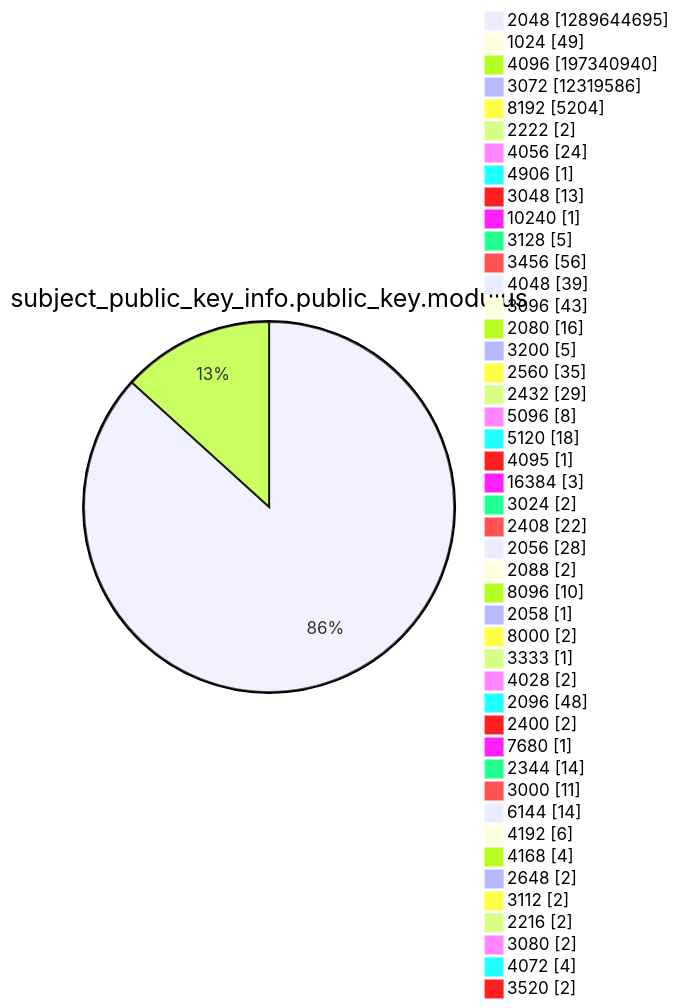
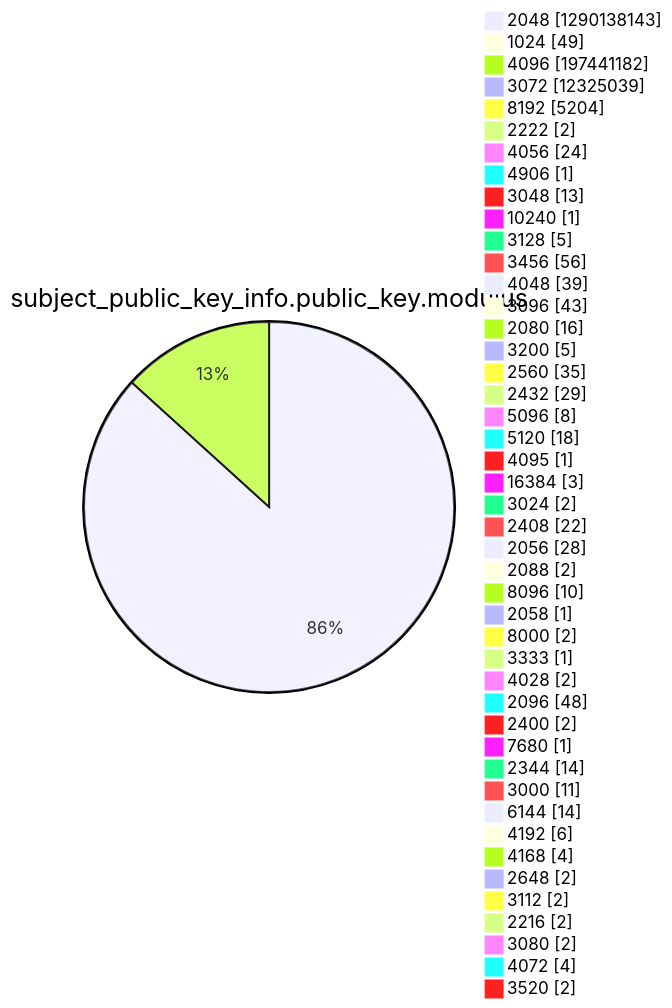
One commit to christiankrug/ctmonitor_visualization changed diagram 13 of 15 in xenon2022/README.md. Above: the diagram before and after it, drawn with Mermaid. The commit also changed other lines of this file, not shown here.

````diff
--- a/xenon2022/README.md
+++ b/xenon2022/README.md
@@ -3921,49 +3921,49 @@
 ```mermaid
 pie showData
 title subject_public_key_info.public_key.modulus
-"2048" :1289644695
+"2048" :1290138143
 "1024" :49
-"4096" :197340940
-"3072" :12319586
+"4096" :197441182
+"3072" :12325039
 "8192" :5204
 "2222" :2
 "4056" :24
 "4906" :1
 "3048" :13
 "10240" :1
 "3128" :5
 "3456" :56
 "4048" :39
 "3096" :43
 "2080" :16
 "3200" :5
 "2560" :35
 "2432" :29
 "5096" :8
 "5120" :18
 "4095" :1
 "16384" :3
 "3024" :2
 "2408" :22
 "2056" :28
 "2088" :2
 "8096" :10
 "2058" :1
 "8000" :2
 "3333" :1
 "4028" :2
 "2096" :48
 "2400" :2
 "7680" :1
 "2344" :14
 "3000" :11
 "6144" :14
 "4192" :6
 "4168" :4
 "2648" :2
 "3112" :2
 "2216" :2
 "3080" :2
 "4072" :4
 "3520" :2
 ```
````
